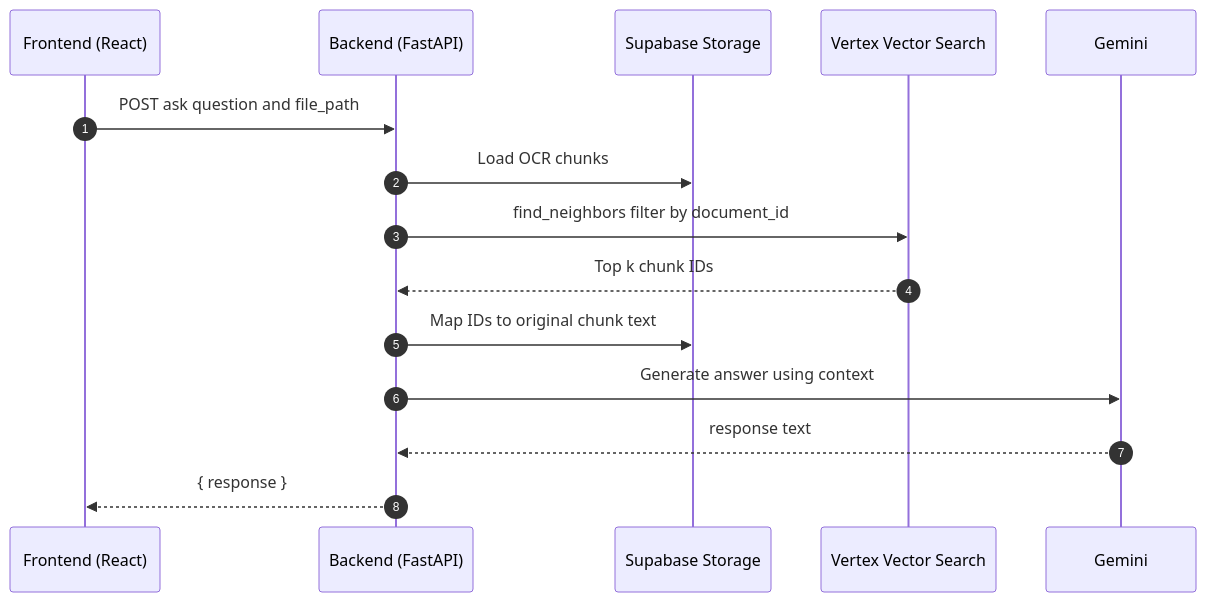
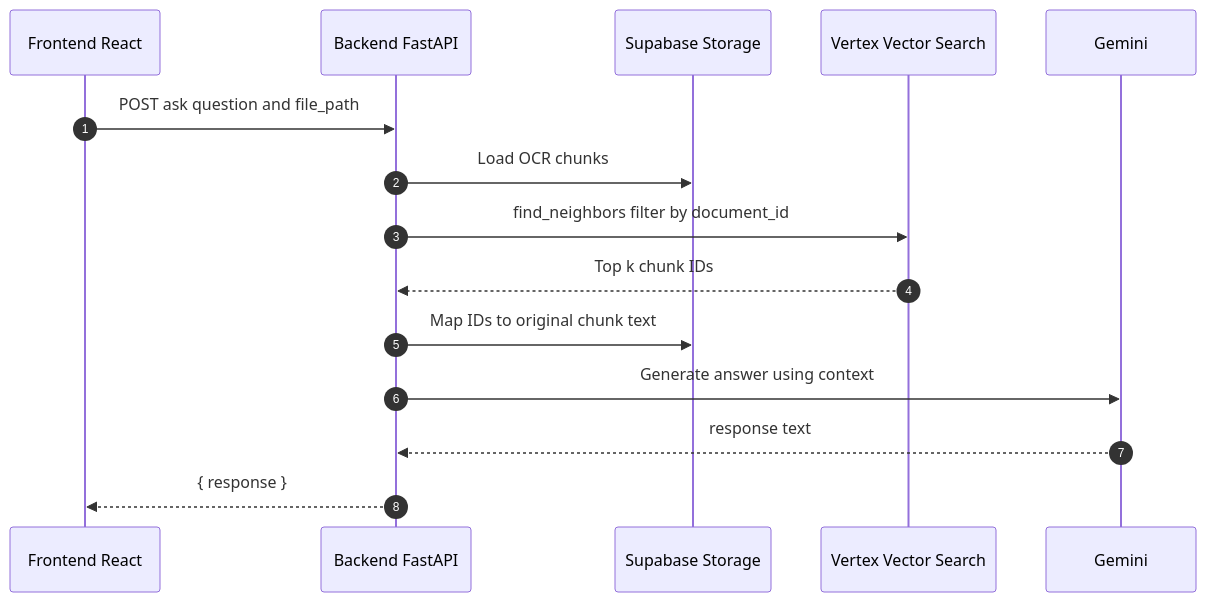
Before and after one commit to RohitYadav34980/DemystDocs.AI: the sixth of 10 diagrams in docs/diagrams.md, drawn with Mermaid. The commit also changed other lines of this file, not shown here.

Commit message:
docs: Revise diagrams for improved clarity and detail in system architecture and processes

````diff
--- a/docs/diagrams.md
+++ b/docs/diagrams.md
@@ -83,18 +226,18 @@
 ```mermaid
 sequenceDiagram
   autonumber
-  participant FE as Frontend (React)
-  participant BE as Backend (FastAPI)
+  participant FE as Frontend React
+  participant BE as Backend FastAPI
   participant SB as Supabase Storage
   participant VS as Vertex Vector Search
   participant GM as Gemini
 
   FE->>BE: POST ask question and file_path
   BE->>SB: Load OCR chunks
   BE->>VS: find_neighbors filter by document_id
   VS-->>BE: Top k chunk IDs
   BE->>SB: Map IDs to original chunk text
   BE->>GM: Generate answer using context
   GM-->>BE: response text
   BE-->>FE: { response }
 ```
````
